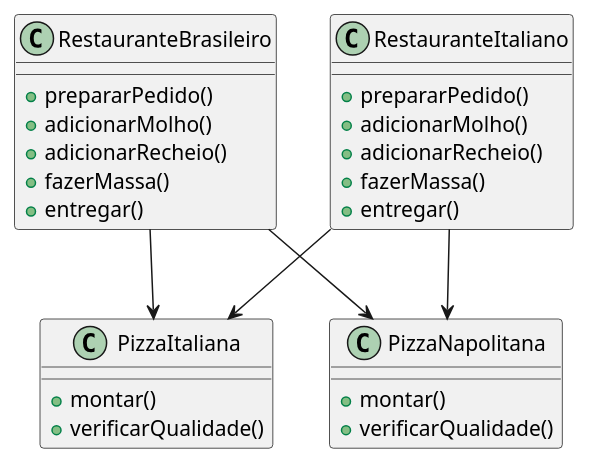
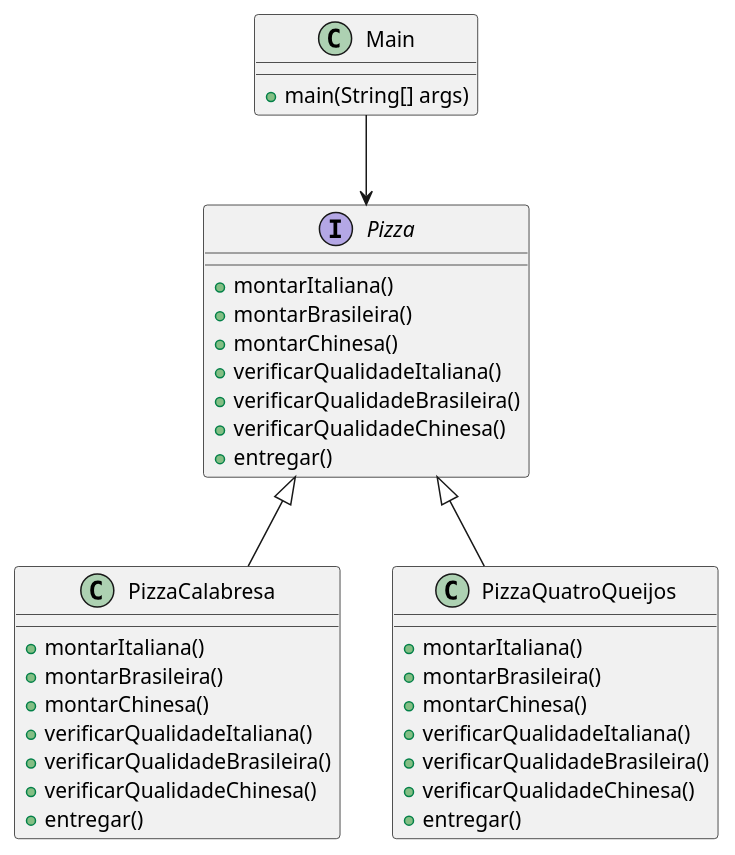
The first of 2 diagrams in README.md (20242-ifba-saj-ads-ppr/seminario-ppr-estrutural-bridge-builder), drawn with PlantUML before and after one commit. The commit also changed other lines of this file, not shown here.

````diff
--- a/README.md
+++ b/README.md
@@ -16,34 +14,41 @@
 ```plantuml
 @startuml
-class PizzaItaliana {
-    + montar()
-    + verificarQualidade()
-}
-
-class PizzaNapolitana {
-    + montar()
-    + verificarQualidade()
-}
-
-class RestauranteBrasileiro {
-    + prepararPedido()
-    + adicionarMolho()
-    + adicionarRecheio()
-    + fazerMassa()
+interface Pizza {
+    + montarItaliana()
+    + montarBrasileira()
+    + montarChinesa()
+    + verificarQualidadeItaliana()
+    + verificarQualidadeBrasileira()
+    + verificarQualidadeChinesa()
     + entregar()
 }
 
-class RestauranteItaliano {
-    + prepararPedido()
-    + adicionarMolho()
-    + adicionarRecheio()
-    + fazerMassa()
+class PizzaCalabresa {
+    + montarItaliana()
+    + montarBrasileira()
+    + montarChinesa()
+    + verificarQualidadeItaliana()
+    + verificarQualidadeBrasileira()
+    + verificarQualidadeChinesa()
     + entregar()
 }
 
-RestauranteBrasileiro --> PizzaItaliana
-RestauranteBrasileiro --> PizzaNapolitana
-RestauranteItaliano --> PizzaItaliana
-RestauranteItaliano --> PizzaNapolitana
+class PizzaQuatroQueijos {
+    + montarItaliana()
+    + montarBrasileira()
+    + montarChinesa()
+    + verificarQualidadeItaliana()
+    + verificarQualidadeBrasileira()
+    + verificarQualidadeChinesa()
+    + entregar()
+}
+
+class Main {
+    + main(String[] args)
+}
+
+Pizza <|-- PizzaCalabresa
+Pizza <|-- PizzaQuatroQueijos
+Main --> Pizza
 @enduml
 ```
````
